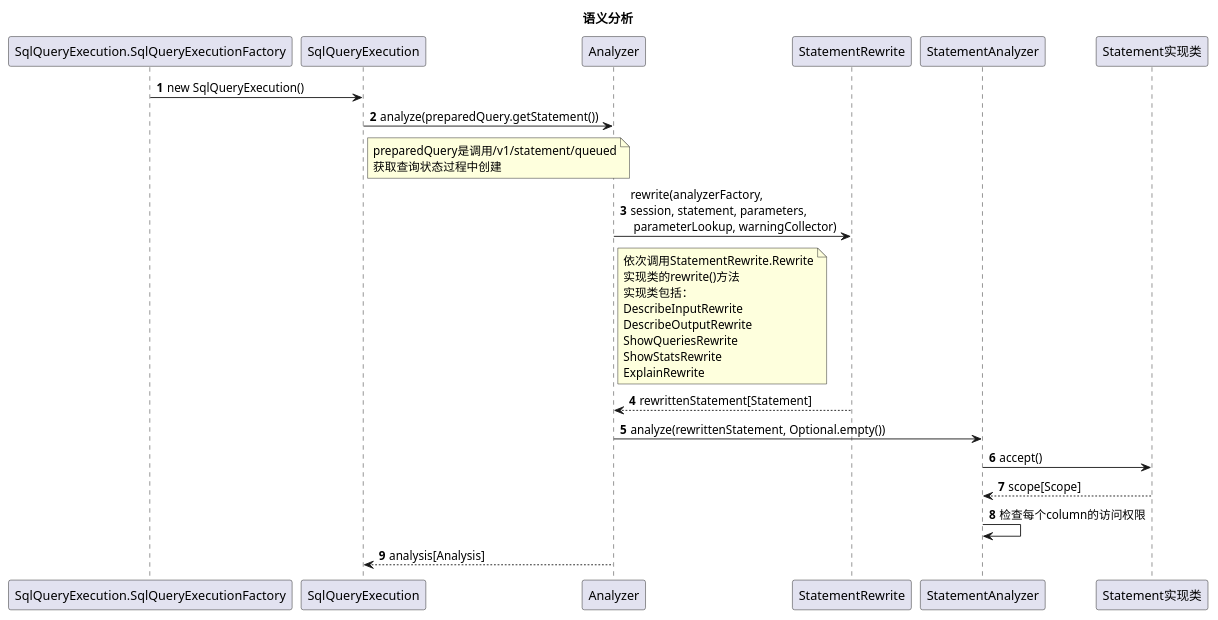
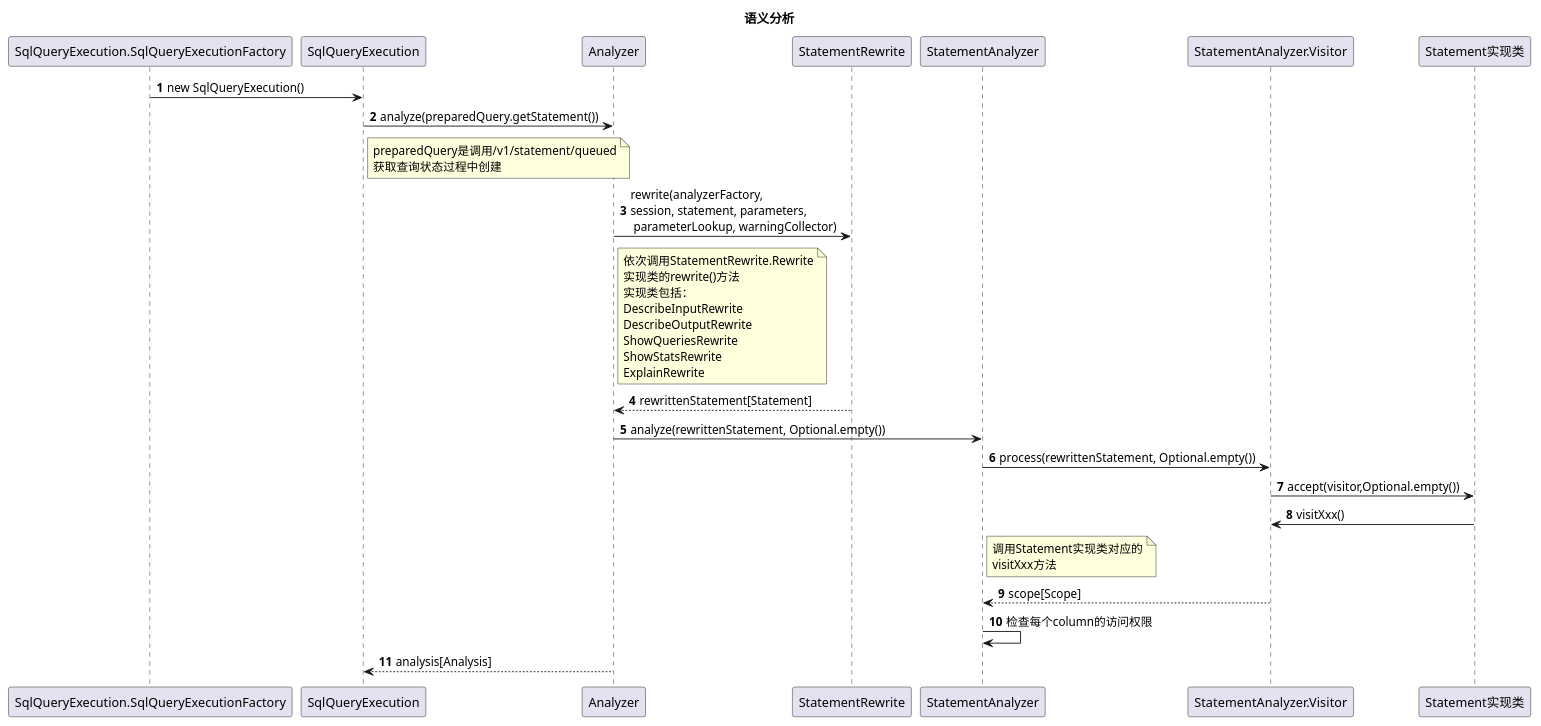
Before and after one commit to pyh8023/study: the first of 3 diagrams in trino/uml/trino_query_planner.puml, drawn with PlantUML. The commit also changed other lines of this file and 349 other files, not shown here.

```diff
--- a/trino/uml/trino_query_planner.puml
+++ b/trino/uml/trino_query_planner.puml
@@ -1,28 +1,34 @@
 @startuml
 autonumber
 title 语义分析
 SqlQueryExecution.SqlQueryExecutionFactory -> SqlQueryExecution : new SqlQueryExecution()
 SqlQueryExecution -> Analyzer : analyze(preparedQuery.getStatement())
 note right of SqlQueryExecution
   preparedQuery是调用/v1/statement/queued
   获取查询状态过程中创建
 end note
 Analyzer -> StatementRewrite : rewrite(analyzerFactory, \nsession, statement, parameters,\n parameterLookup, warningCollector)
 note right of Analyzer
   依次调用StatementRewrite.Rewrite
   实现类的rewrite()方法
   实现类包括：
   DescribeInputRewrite
   DescribeOutputRewrite
   ShowQueriesRewrite
   ShowStatsRewrite
   ExplainRewrite
 end note
 StatementRewrite --> Analyzer : rewrittenStatement[Statement]
 
 Analyzer -> StatementAnalyzer : analyze(rewrittenStatement, Optional.empty())
-StatementAnalyzer -> Statement实现类 : accept()
-return scope[Scope]
+StatementAnalyzer -> StatementAnalyzer.Visitor : process(rewrittenStatement, Optional.empty())
+StatementAnalyzer.Visitor -> Statement实现类 : accept(visitor,Optional.empty())
+StatementAnalyzer.Visitor <- Statement实现类 : visitXxx()
+note right of StatementAnalyzer
+  调用Statement实现类对应的
+  visitXxx方法
+end note
+StatementAnalyzer <-- StatementAnalyzer.Visitor : scope[Scope]
 StatementAnalyzer -> StatementAnalyzer : 检查每个column的访问权限
 Analyzer --> SqlQueryExecution : analysis[Analysis]
 @enduml
```
